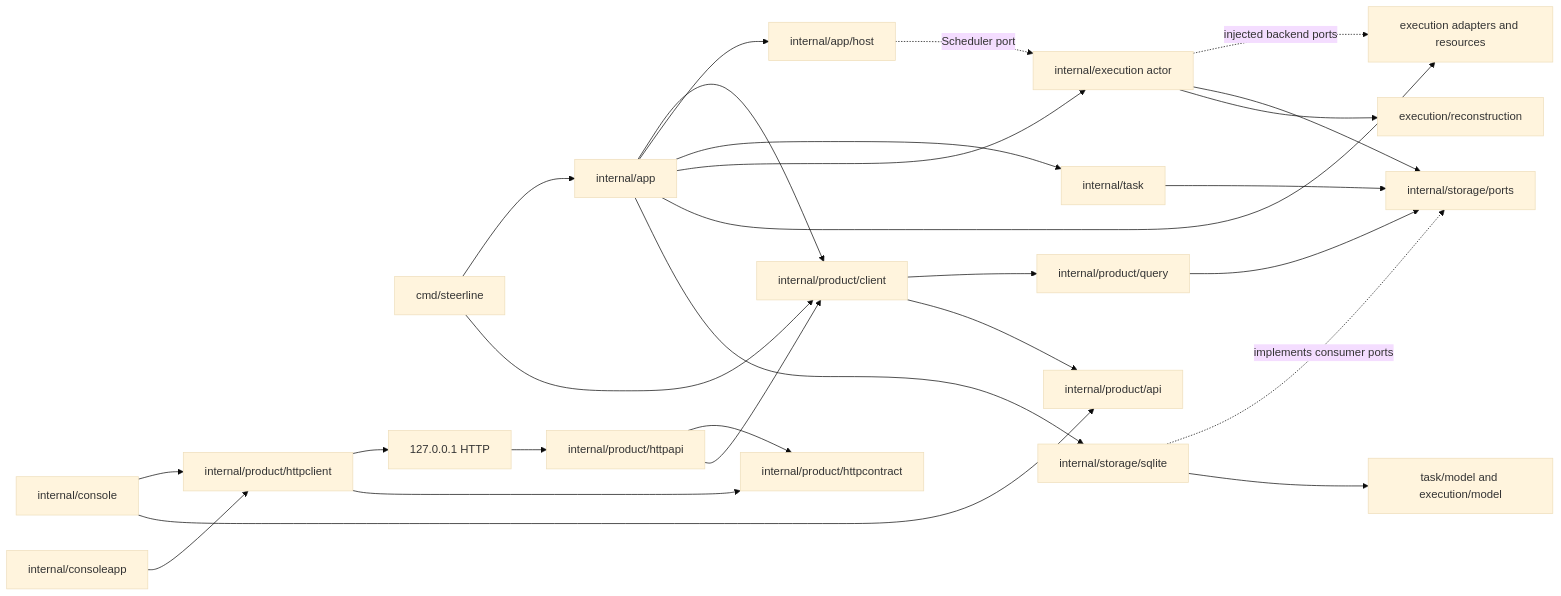
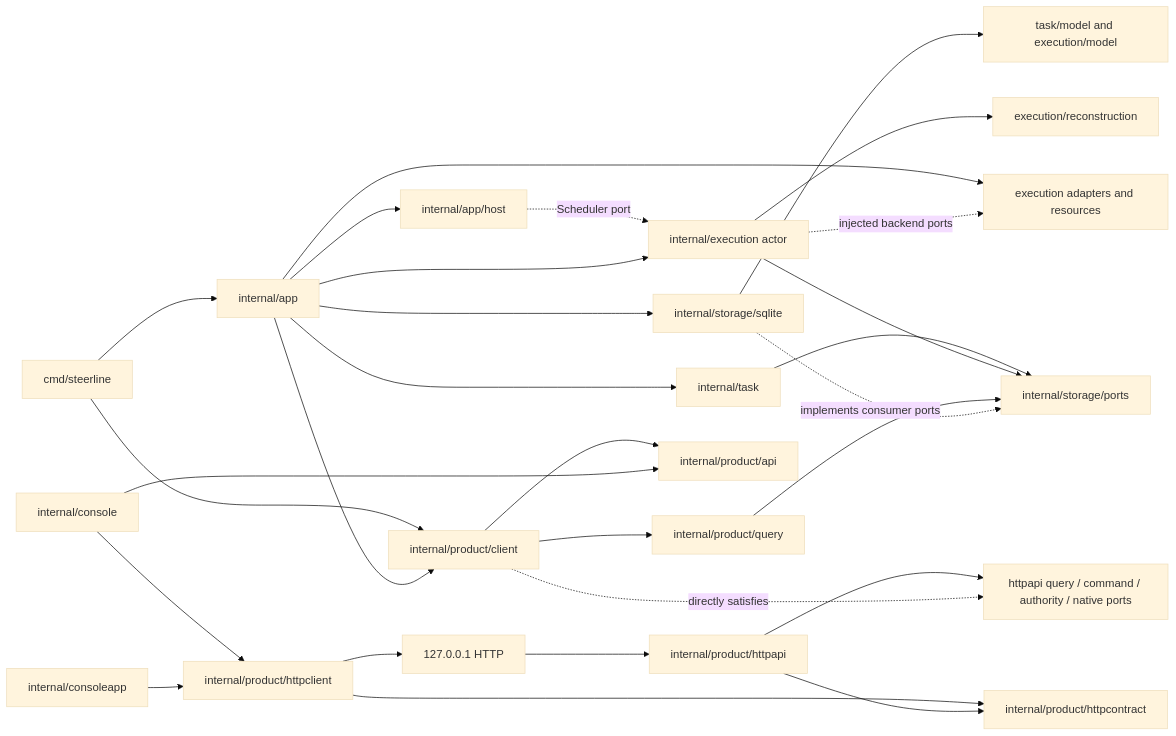
Before and after one commit to erranliu/SteerLine: the first of 2 diagrams in docs/architecture/current-code-architecture.md, drawn with Mermaid (base theme). The commit also changed other lines of this file and 17 other files, not shown here.

Commit message:
refactor(httpapi): isolate command registry boundary

````diff
--- a/docs/architecture/current-code-architecture.md
+++ b/docs/architecture/current-code-architecture.md
@@ -15,29 +15,30 @@
 ```mermaid
 flowchart LR
     CLI[cmd/steerline] --> App[internal/app]
     TUI[internal/console] --> HC[internal/product/httpclient]
     Assembly[internal/consoleapp] --> HC
     HC --> HTTP[127.0.0.1 HTTP]
     HC --> Contract[internal/product/httpcontract]
     CLI --> Client[internal/product/client]
     App --> Client
     HTTPAPI --> Contract
     HTTP --> HTTPAPI[internal/product/httpapi]
-    HTTPAPI --> Client
+    HTTPAPI --> HTTPPorts[httpapi query / command / authority / native ports]
+    Client -. directly satisfies .-> HTTPPorts
     App --> Host[internal/app/host]
     Host -. Scheduler port .-> Exec[internal/execution actor]
     App --> Task[internal/task]
     App --> Exec
     App --> Adapters[execution adapters and resources]
     Exec -. injected backend ports .-> Adapters
     Task --> Ports[internal/storage/ports]
     Exec --> Ports
     Query[internal/product/query] --> Ports
     Client --> Query
     Client --> API[internal/product/api]
     TUI --> API
     App --> SQLite[internal/storage/sqlite]
     SQLite -. implements consumer ports .-> Ports
     SQLite --> Model[task/model and execution/model]
     Exec --> Rebuild[execution/reconstruction]
 ```
````
